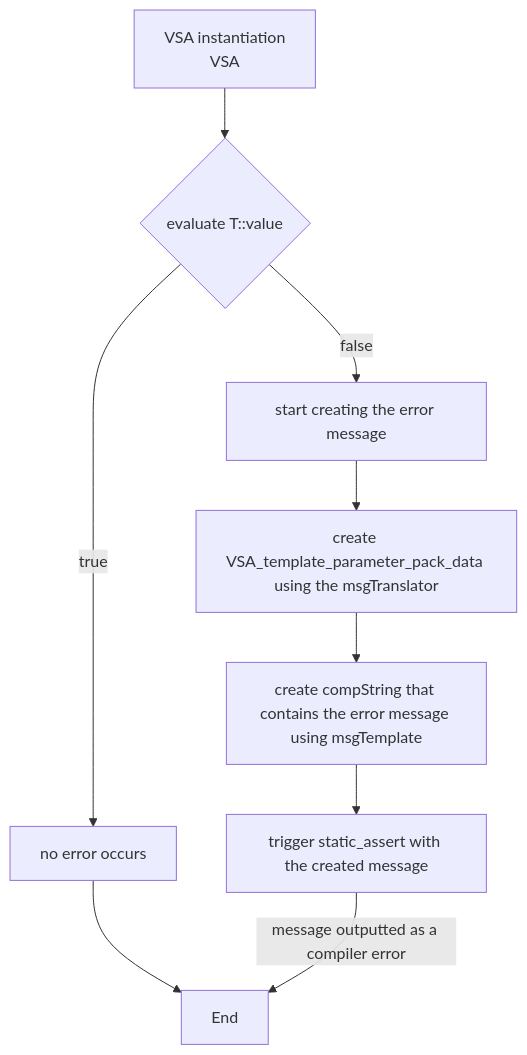
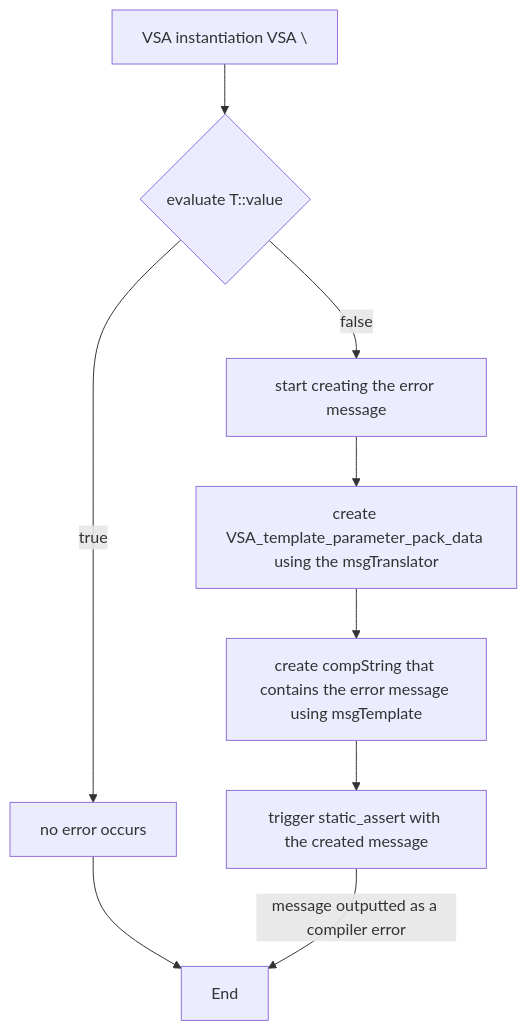
Before and after one commit to Alexey-Saldyrkine/Compiletime-String-and-Verbose-Static-Assert: the diagram in docs/verbose static assert.md, drawn with Mermaid.

Commit message:
Update verbose static assert.md

````diff
--- a/docs/verbose static assert.md
+++ b/docs/verbose static assert.md
@@ -22,12 +22,11 @@
 ```mermaid
 flowchart TD
-	A["VSA instantiation
-	VSA <T,msgTemplate,msgTranslator>"] --> B{ evaluate T::value }
+	A["VSA instantiation VSA \<T,msgTemplate,msgTranslator\>"] --> B{ evaluate T::value }
 	B -- true --> C[no error occurs]
 	C --> D[End]
 	B -- false --> E[start creating the error message]
 	E --> F[create VSA_template_parameter_pack_data using the msgTranslator]
 	F --> G[create compString that contains the error message using msgTemplate]
 	G --> H[trigger static_assert with the created message]
 	H -- message outputted as a compiler error --> D[End]
 ```
````
